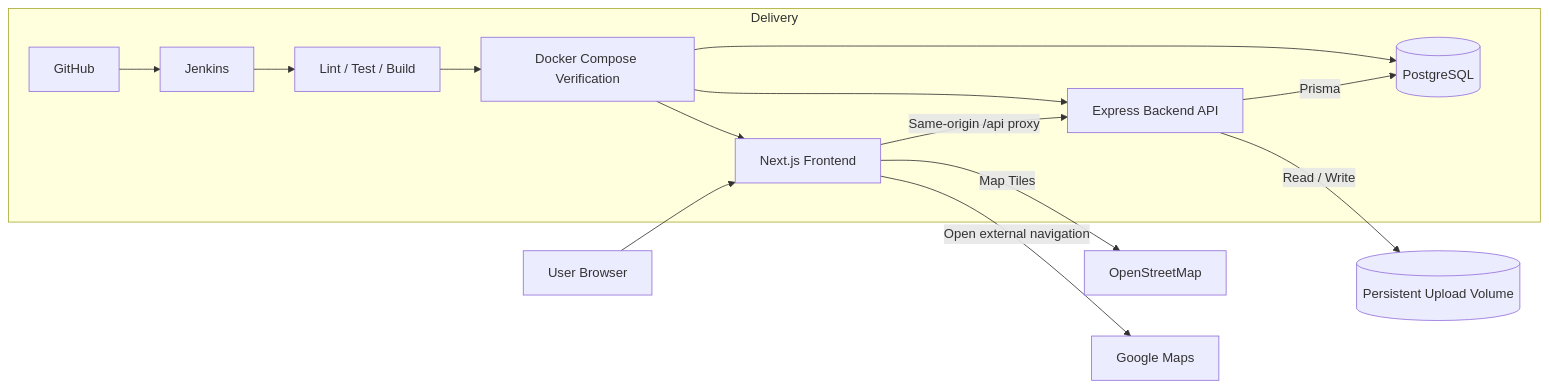
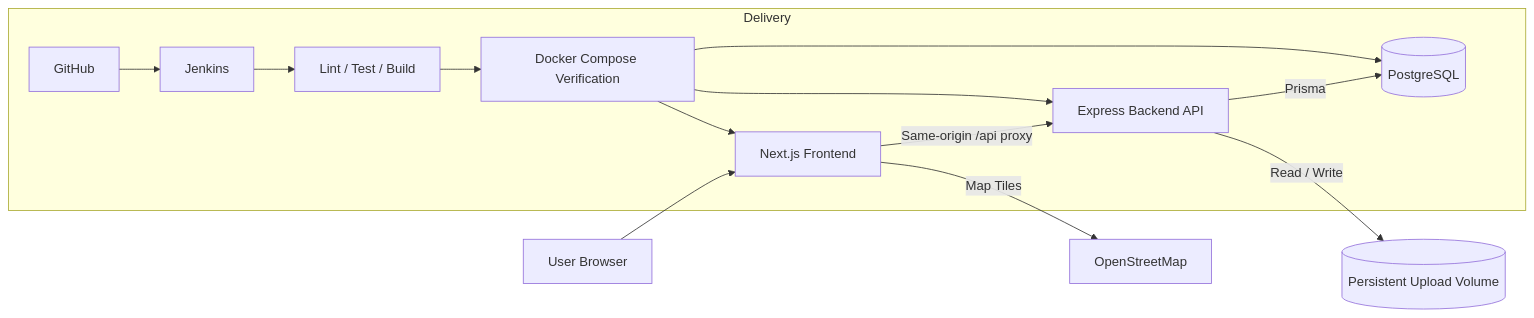
The first of 2 diagrams in docs/architecture/system-design.md (67070119/PawFeed), drawn with Mermaid before and after one commit. The commit also changed other lines of this file and 20 other files, not shown here.

````diff
--- a/docs/architecture/system-design.md
+++ b/docs/architecture/system-design.md
@@ -11,18 +11,17 @@
 ```mermaid
 flowchart LR
     U[User Browser] --> FE[Next.js Frontend]
     FE -->|Same-origin /api proxy| BE[Express Backend API]
     BE -->|Prisma| DB[(PostgreSQL)]
     BE -->|Read / Write| UP[(Persistent Upload Volume)]
     FE -->|Map Tiles| OSM[OpenStreetMap]
-    FE -->|Open external navigation| GM[Google Maps]
 
     subgraph Delivery
       GH[GitHub] --> J[Jenkins]
       J --> T[Lint / Test / Build]
       T --> DC[Docker Compose Verification]
       DC --> FE
       DC --> BE
       DC --> DB
     end
 ```
````
